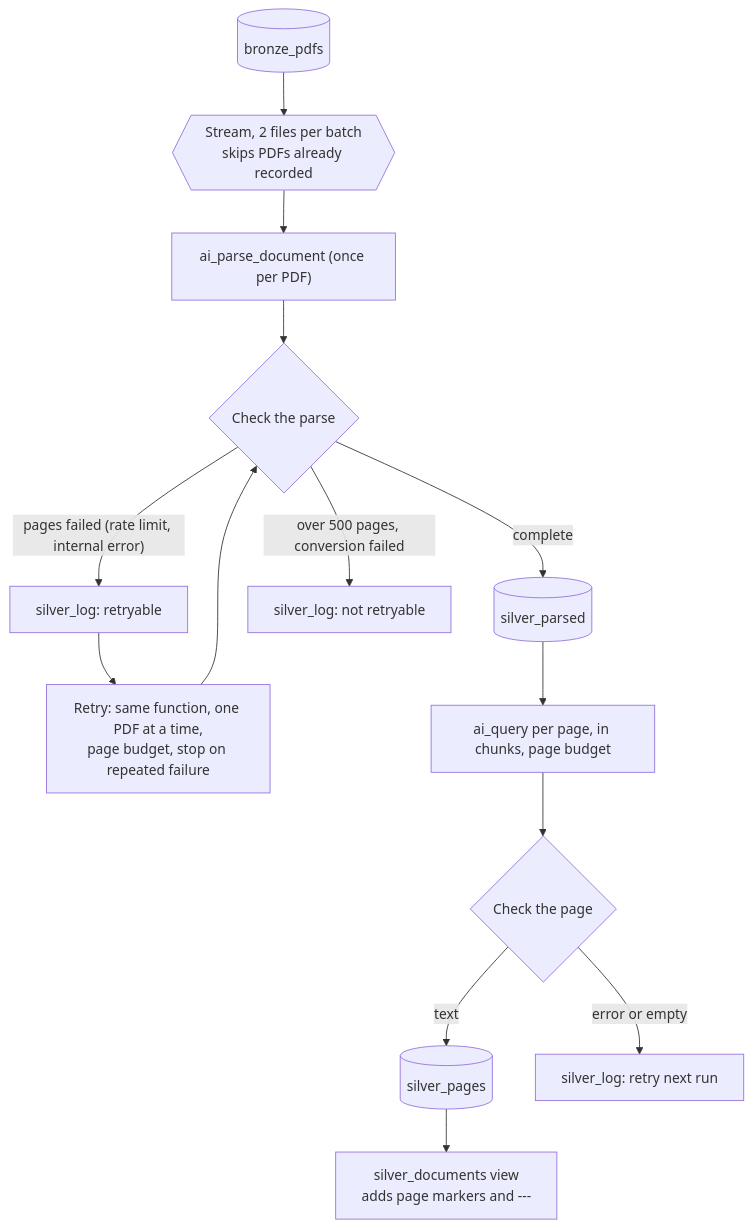
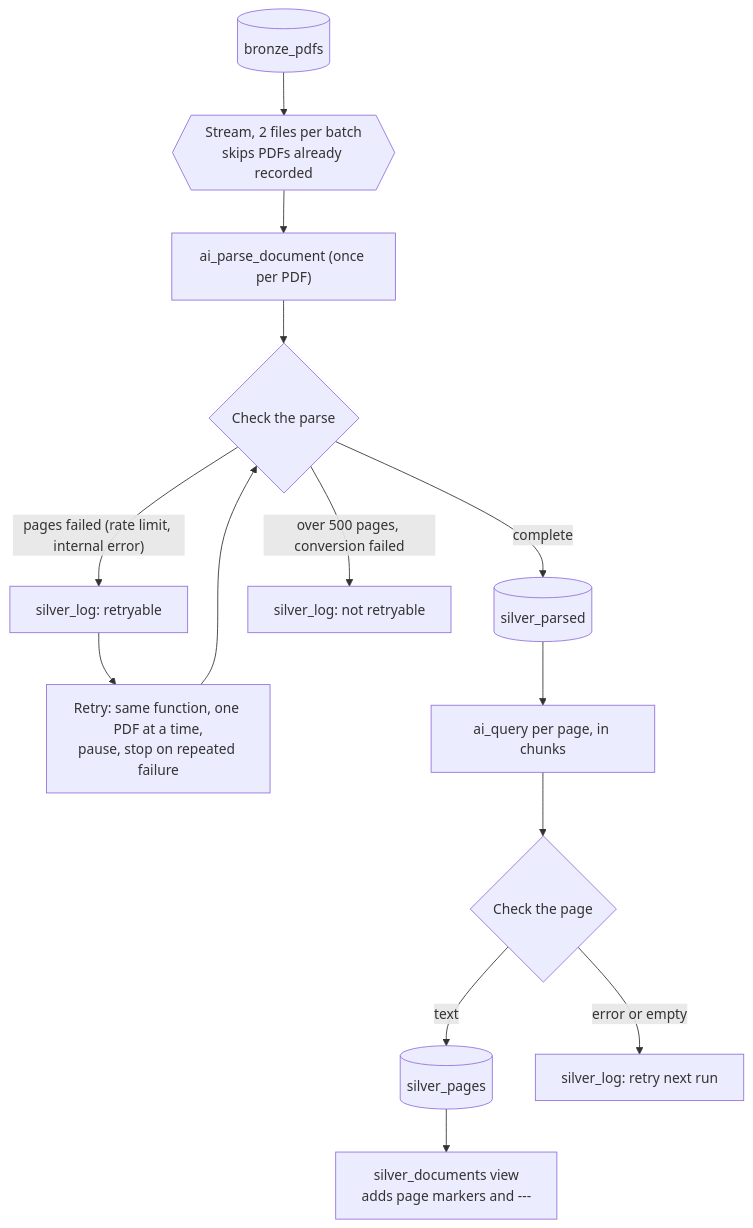
Before and after one commit to SuddhaswattaMaityUK/dbx-finance-bench-rag: the second of 2 diagrams in README.md, drawn with Mermaid. The commit also changed other lines of this file and 6 other files, not shown here.

````diff
--- a/README.md
+++ b/README.md
@@ -106,16 +104,16 @@
 ```mermaid
 flowchart TD
     B[(bronze_pdfs)] --> S{{"Stream, 2 files per batch<br/>skips PDFs already recorded"}}
     S --> A["ai_parse_document (once per PDF)"]
     A --> C{"Check the parse"}
     C -- "complete" --> P[(silver_parsed)]
     C -- "pages failed (rate limit, internal error)" --> L1["silver_log: retryable"]
     C -- "over 500 pages, conversion failed" --> L2["silver_log: not retryable"]
-    L1 --> R["Retry: same function, one PDF at a time,<br/>page budget, stop on repeated failure"]
+    L1 --> R["Retry: same function, one PDF at a time,<br/>pause, stop on repeated failure"]
     R --> C
-    P --> Q["ai_query per page, in chunks, page budget"]
+    P --> Q["ai_query per page, in chunks"]
     Q --> K{"Check the page"}
     K -- "text" --> PG[(silver_pages)]
     K -- "error or empty" --> L3["silver_log: retry next run"]
     PG --> V["silver_documents view<br/>adds page markers and ---"]
 ```
````
